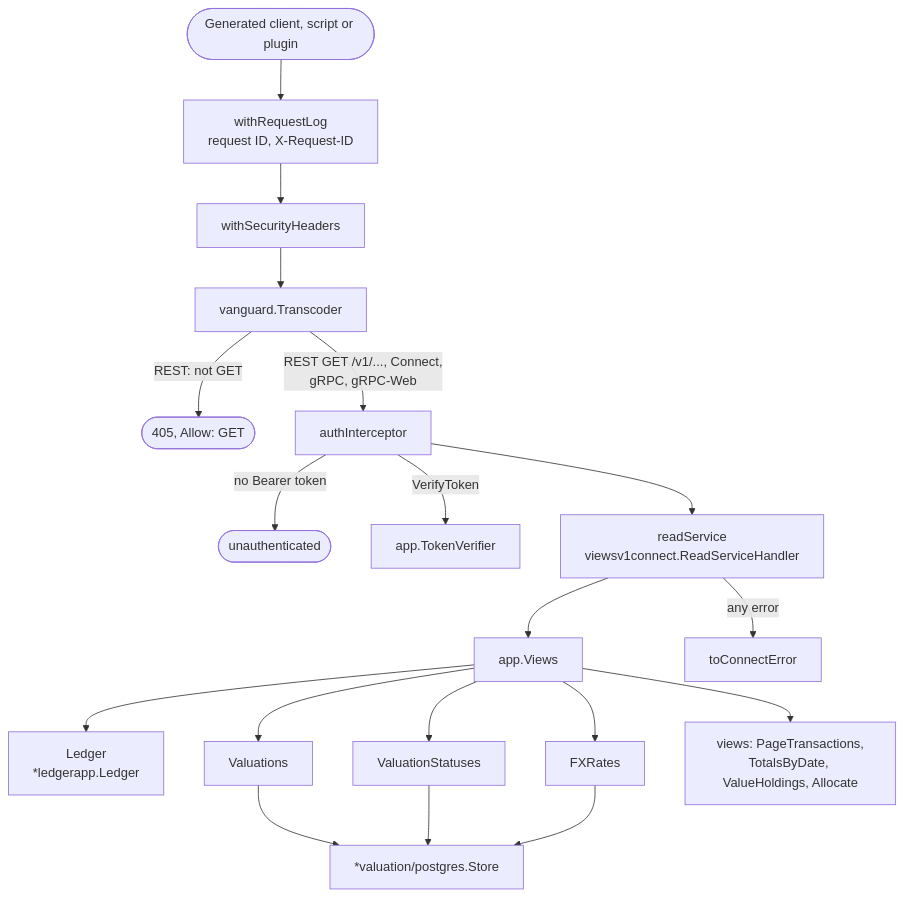
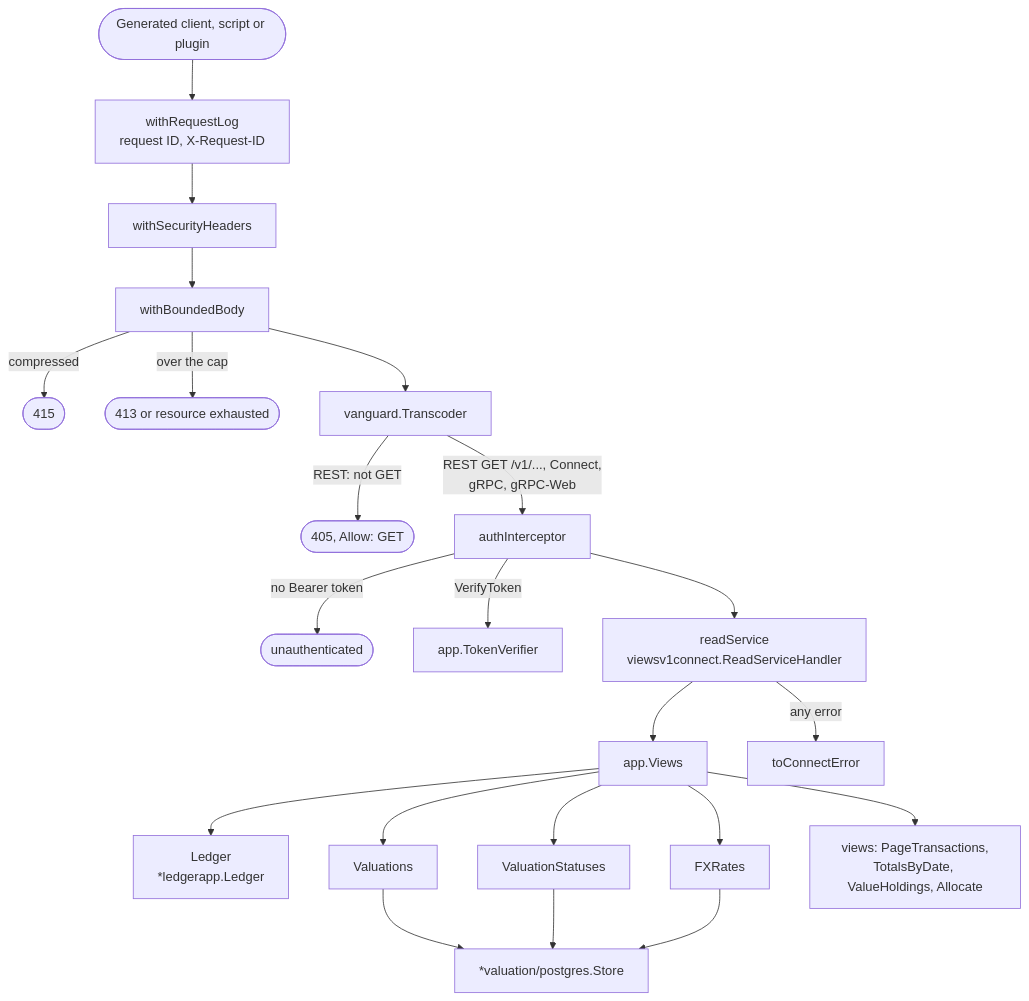
The second of 4 diagrams in docs/concepts/read-api.md (arkadiuss/openfief), drawn with Mermaid before and after one commit. The commit also changed other lines of this file and 77 other files, not shown here.

````diff
--- a/docs/concepts/read-api.md
+++ b/docs/concepts/read-api.md
@@ -96,19 +96,22 @@
 ```mermaid
 flowchart TD
   client(["Generated client, script or plugin"]) --> reqlog["withRequestLog<br/>request ID, X-Request-ID"]
   reqlog --> sec["withSecurityHeaders"]
-  sec --> vg["vanguard.Transcoder"]
+  sec --> bound["withBoundedBody"]
+  bound -- "compressed" --> u415(["415"])
+  bound -- "over the cap" --> u413(["413 or resource exhausted"])
+  bound --> vg["vanguard.Transcoder"]
   vg -- "REST: not GET" --> m405(["405, Allow: GET"])
   vg -- "REST GET /v1/..., Connect,<br/>gRPC, gRPC-Web" --> auth["authInterceptor"]
   auth -- "no Bearer token" --> u401(["unauthenticated"])
   auth -- "VerifyToken" --> tv["app.TokenVerifier"]
   auth --> rs["readService<br/>viewsv1connect.ReadServiceHandler"]
   rs --> views["app.Views"]
   views --> ledger["Ledger<br/>*ledgerapp.Ledger"]
   views --> vals["Valuations"]
   views --> stat["ValuationStatuses"]
   views --> fx["FXRates"]
   vals & stat & fx --> store["*valuation/postgres.Store"]
   views --> pure["views: PageTransactions,<br/>TotalsByDate, ValueHoldings, Allocate"]
   rs -- "any error" --> tce["toConnectError"]
 ```
````
